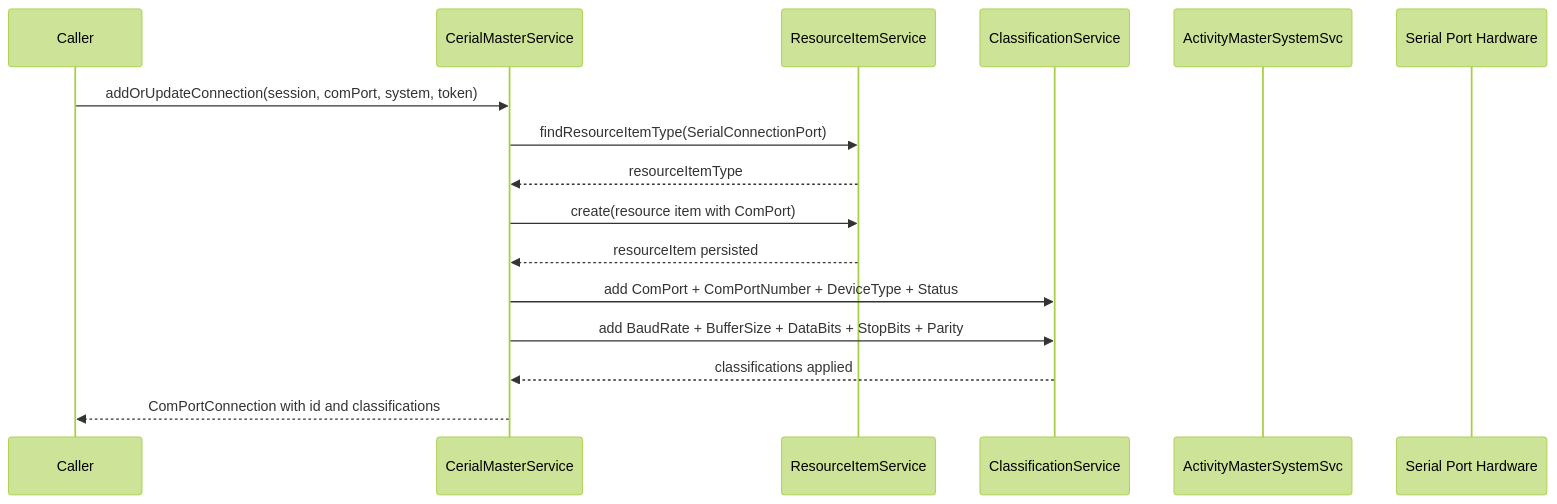
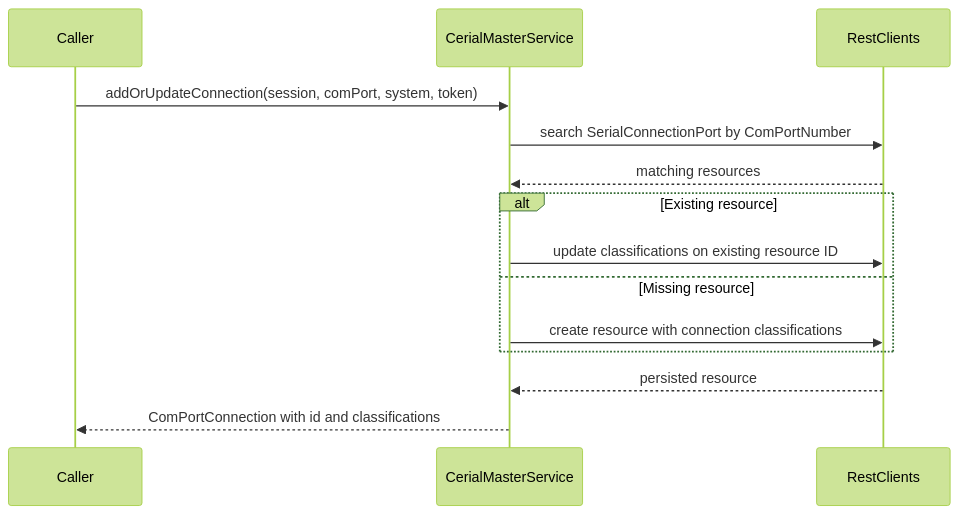
The diagram in docs/architecture/sequence-add-or-update-com-port.md (Activity-Master/CerialMaster), drawn with Mermaid (forest theme) before and after one commit. The commit also changed other lines of this file and 13 other files, not shown here.

````diff
--- a/docs/architecture/sequence-add-or-update-com-port.md
+++ b/docs/architecture/sequence-add-or-update-com-port.md
@@ -5,19 +5,17 @@
 ```mermaid
 sequenceDiagram
   participant Caller
   participant Service as CerialMasterService
-  participant ResourceItemSvc as ResourceItemService
-  participant ClassificationSvc as ClassificationService
-  participant SystemSvc as ActivityMasterSystemSvc
-  participant SerialPorts as Serial Port Hardware
+  participant REST as RestClients
 
   Caller->>Service: addOrUpdateConnection(session, comPort, system, token)
-  Service->>ResourceItemSvc: findResourceItemType(SerialConnectionPort)
-  ResourceItemSvc-->>Service: resourceItemType
-  Service->>ResourceItemSvc: create(resource item with ComPort)
-  ResourceItemSvc-->>Service: resourceItem persisted
-  Service->>ClassificationSvc: add ComPort + ComPortNumber + DeviceType + Status
-  Service->>ClassificationSvc: add BaudRate + BufferSize + DataBits + StopBits + Parity
-  ClassificationSvc-->>Service: classifications applied
+  Service->>REST: search SerialConnectionPort by ComPortNumber
+  REST-->>Service: matching resources
+  alt Existing resource
+    Service->>REST: update classifications on existing resource ID
+  else Missing resource
+    Service->>REST: create resource with connection classifications
+  end
+  REST-->>Service: persisted resource
   Service-->>Caller: ComPortConnection with id and classifications
 ```
````
